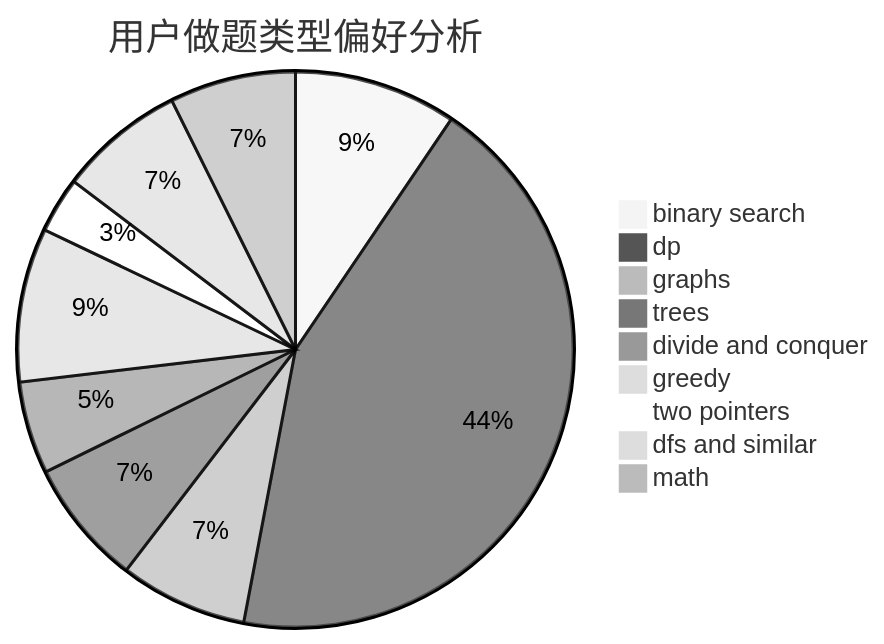
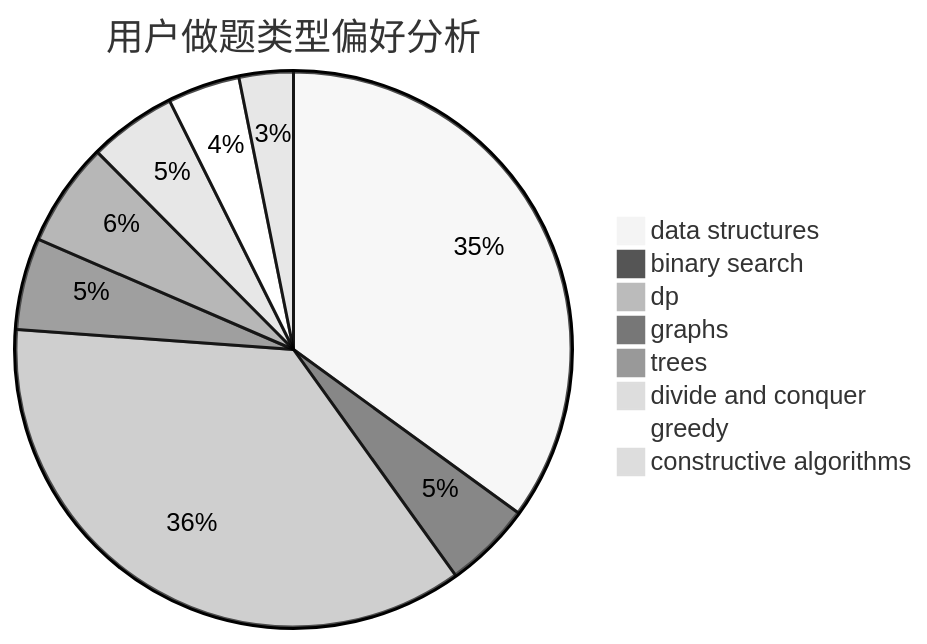
One commit to sherpahu/cfrs.github.io changed the second of 3 diagrams in docs/user/u1465.md. Above: the diagram before and after it, drawn with Mermaid (neutral theme). The commit also changed other lines of this file and 2775 other files, not shown here.

````diff
--- a/docs/user/u1465.md
+++ b/docs/user/u1465.md
@@ -23,12 +23,11 @@
 ```mermaid
 pie title 用户做题类型偏好分析
-    "binary search" :  111
-    "dp" :  510
-    "graphs" :  87
-    "trees" :  86
+    "data structures" :  433
+    "binary search" :  63
+    "dp" :  446
+    "graphs" :  66
+    "trees" :  75
     "divide and conquer" :  63
-    "greedy" :  105
-    "two pointers" :  38
-    "dfs and similar" :  86
-    "math" :  86
+    "greedy" :  52
+    "constructive algorithms" :  39
 ```
````
